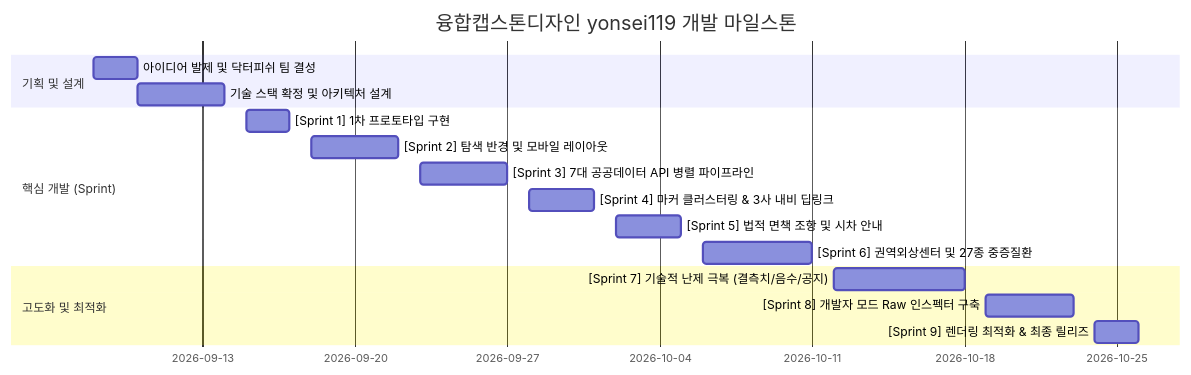
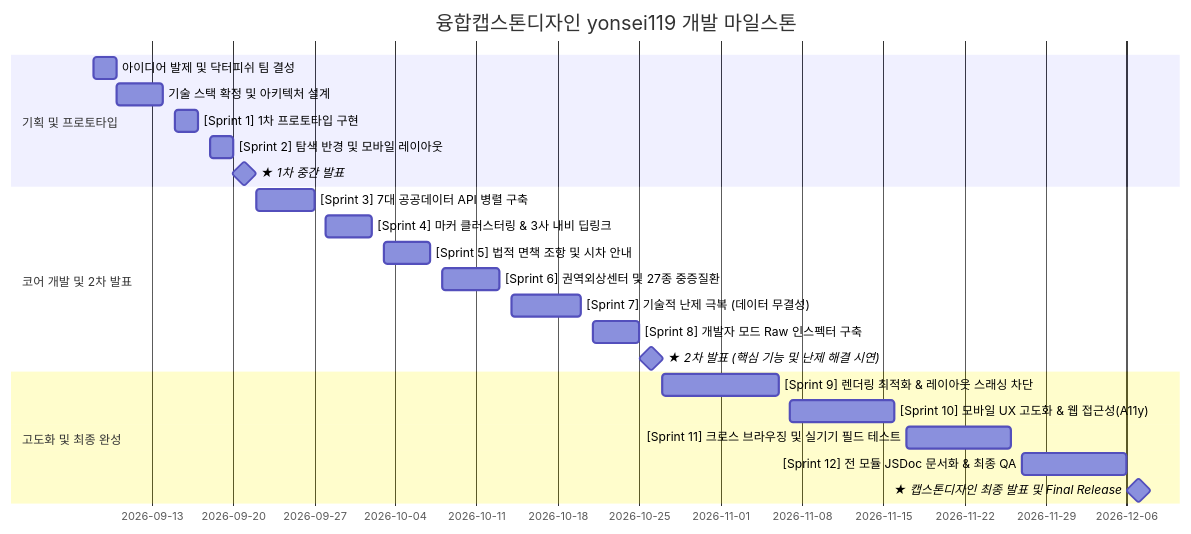
Before and after one commit to rockybearking/yonsei119: the third of 3 diagrams in README.md, drawn with Mermaid. The commit also changed other lines of this file, not shown here.

````diff
--- a/README.md
+++ b/README.md
@@ -128,19 +128,25 @@
 ```mermaid
 gantt
     title 융합캡스톤디자인 yonsei119 개발 마일스톤
     dateFormat  YYYY-MM-DD
-    section 기획 및 설계
+    section 기획 및 프로토타입
     아이디어 발제 및 닥터피쉬 팀 결성       :2026-09-08, 2026-09-10
     기술 스택 확정 및 아키텍처 설계         :2026-09-10, 2026-09-14
-    section 핵심 개발 (Sprint)
     [Sprint 1] 1차 프로토타입 구현          :2026-09-15, 2026-09-17
-    [Sprint 2] 탐색 반경 및 모바일 레이아웃   :2026-09-18, 2026-09-22
-    [Sprint 3] 7대 공공데이터 API 병렬 파이프라인:2026-09-23, 2026-09-27
-    [Sprint 4] 마커 클러스터링 & 3사 내비 딥링크:2026-09-28, 2026-10-01
-    [Sprint 5] 법적 면책 조항 및 시차 안내   :2026-10-02, 2026-10-05
-    [Sprint 6] 권역외상센터 및 27종 중증질환  :2026-10-06, 2026-10-11
-    section 고도화 및 최적화
-    [Sprint 7] 기술적 난제 극복 (결측치/음수/공지):2026-10-12, 2026-10-18
-    [Sprint 8] 개발자 모드 Raw 인스펙터 구축 :2026-10-19, 2026-10-23
-    [Sprint 9] 렌더링 최적화 & 최종 릴리즈   :2026-10-24, 2026-10-26
+    [Sprint 2] 탐색 반경 및 모바일 레이아웃   :2026-09-18, 2026-09-20
+    ★ 1차 중간 발표                         :milestone, 2026-09-21, 0d
+    section 코어 개발 및 2차 발표
+    [Sprint 3] 7대 공공데이터 API 병렬 구축 :2026-09-22, 2026-09-27
+    [Sprint 4] 마커 클러스터링 & 3사 내비 딥링크:2026-09-28, 2026-10-02
+    [Sprint 5] 법적 면책 조항 및 시차 안내   :2026-10-03, 2026-10-07
+    [Sprint 6] 권역외상센터 및 27종 중증질환  :2026-10-08, 2026-10-13
+    [Sprint 7] 기술적 난제 극복 (데이터 무결성):2026-10-14, 2026-10-20
+    [Sprint 8] 개발자 모드 Raw 인스펙터 구축 :2026-10-21, 2026-10-25
+    ★ 2차 발표 (핵심 기능 및 난제 해결 시연) :milestone, 2026-10-26, 0d
+    section 고도화 및 최종 완성
+    [Sprint 9] 렌더링 최적화 & 레이아웃 스래싱 차단:2026-10-27, 2026-11-06
+    [Sprint 10] 모바일 UX 고도화 & 웹 접근성(A11y):2026-11-07, 2026-11-16
+    [Sprint 11] 크로스 브라우징 및 실기기 필드 테스트:2026-11-17, 2026-11-26
+    [Sprint 12] 전 모듈 JSDoc 문서화 & 최종 QA :2026-11-27, 2026-12-06
+    ★ 캡스톤디자인 최종 발표 및 Final Release:milestone, 2026-12-07, 0d
 ```
````
